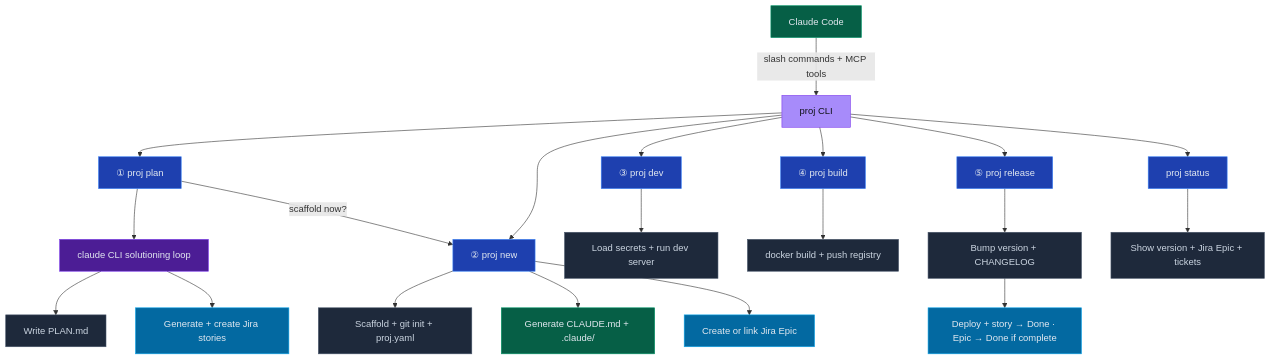
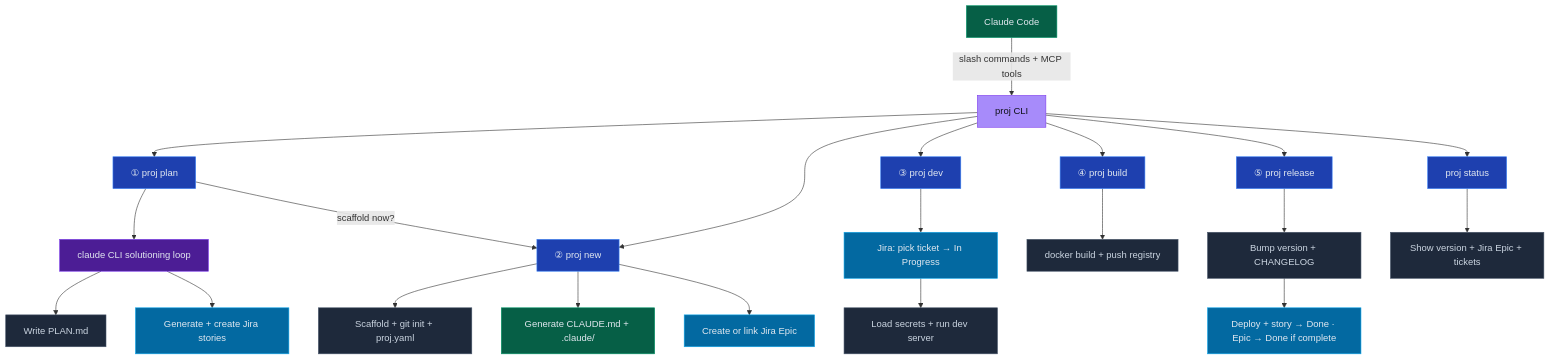
The first of 7 diagrams in README.md (erosrage/Athena), drawn with Mermaid before and after one commit. The commit also changed other lines of this file and 1 other file, not shown here.

First line of the commit message:
docs: sync Mermaid diagrams with full Jira engagement + new flags

````diff
--- a/README.md
+++ b/README.md
@@ -11,30 +11,31 @@
 ```mermaid
 flowchart TD
     CC["Claude Code"]:::claude
     CLI["proj CLI"]:::entry
     CC -->|"slash commands + MCP tools"| CLI
     CLI --> PLAN["① proj plan"]:::stage
     CLI --> NEW["② proj new"]:::stage
     CLI --> DEV["③ proj dev"]:::stage
     CLI --> BUILD["④ proj build"]:::stage
     CLI --> RELEASE["⑤ proj release"]:::stage
     CLI --> STATUS["proj status"]:::stage
     PLAN --> LLM["claude CLI solutioning loop"]:::llm
     LLM --> PM["Write PLAN.md"]:::action
     LLM --> J4["Generate + create Jira stories"]:::jira
     PLAN -->|"scaffold now?"| NEW
     NEW --> S["Scaffold + git init + proj.yaml"]:::action
     NEW --> CG["Generate CLAUDE.md + .claude/"]:::claude
     NEW --> J1["Create or link Jira Epic"]:::jira
-    DEV --> ENV["Load secrets + run dev server"]:::action
+    DEV --> J5["Jira: pick ticket → In Progress"]:::jira
+    J5 --> ENV["Load secrets + run dev server"]:::action
     BUILD --> PUSH["docker build + push registry"]:::action
     RELEASE --> VER["Bump version + CHANGELOG"]:::action
     VER --> DEPLOY["Deploy + story → Done · Epic → Done if complete"]:::jira
     STATUS --> JS["Show version + Jira Epic + tickets"]:::action
     classDef entry fill:#a78bfa,stroke:#7c3aed,color:#0f1117
     classDef stage fill:#1e40af,stroke:#3b82f6,color:#e2e8f0
     classDef action fill:#1e293b,stroke:#475569,color:#cbd5e1
     classDef claude fill:#065f46,stroke:#059669,color:#e2e8f0
     classDef jira fill:#0369a1,stroke:#0ea5e9,color:#e2e8f0
     classDef llm fill:#4c1d95,stroke:#7c3aed,color:#e2e8f0
 ```
````
